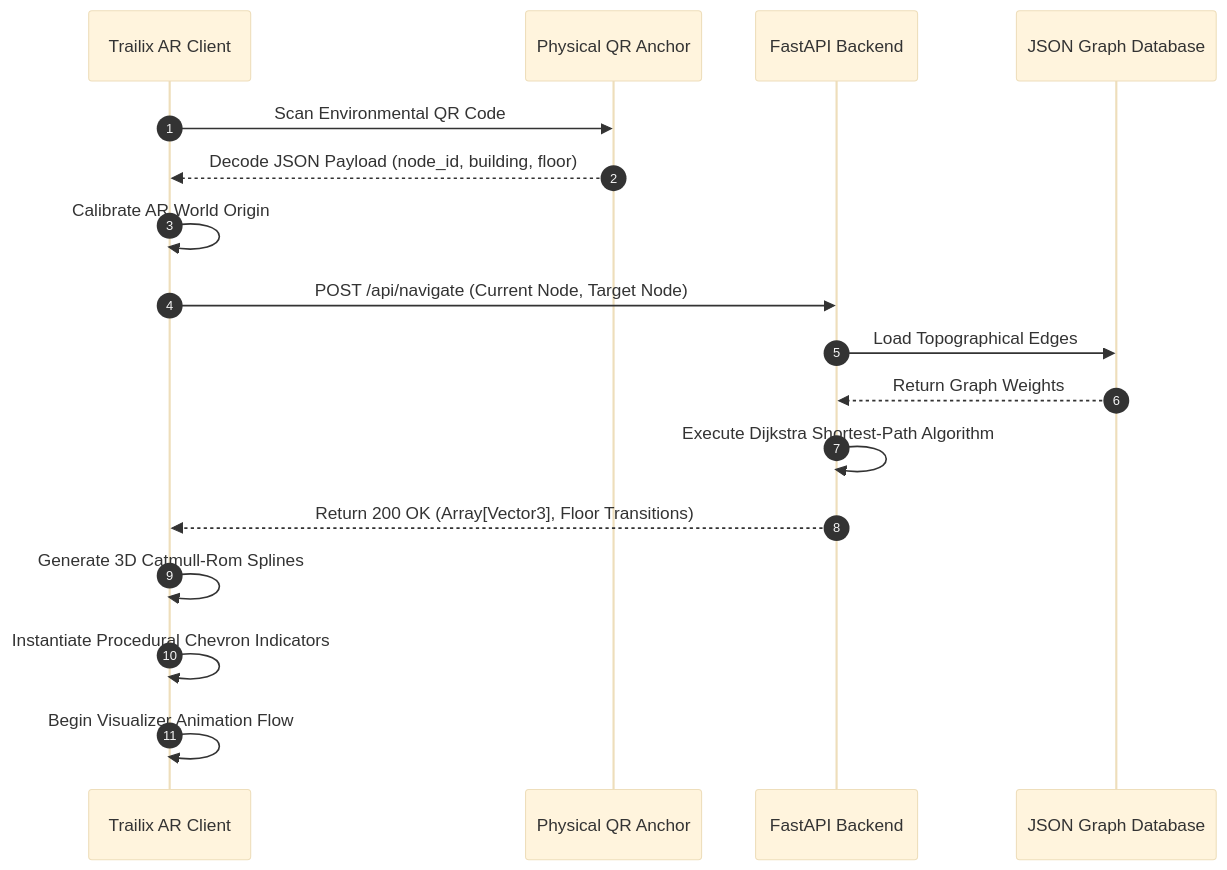
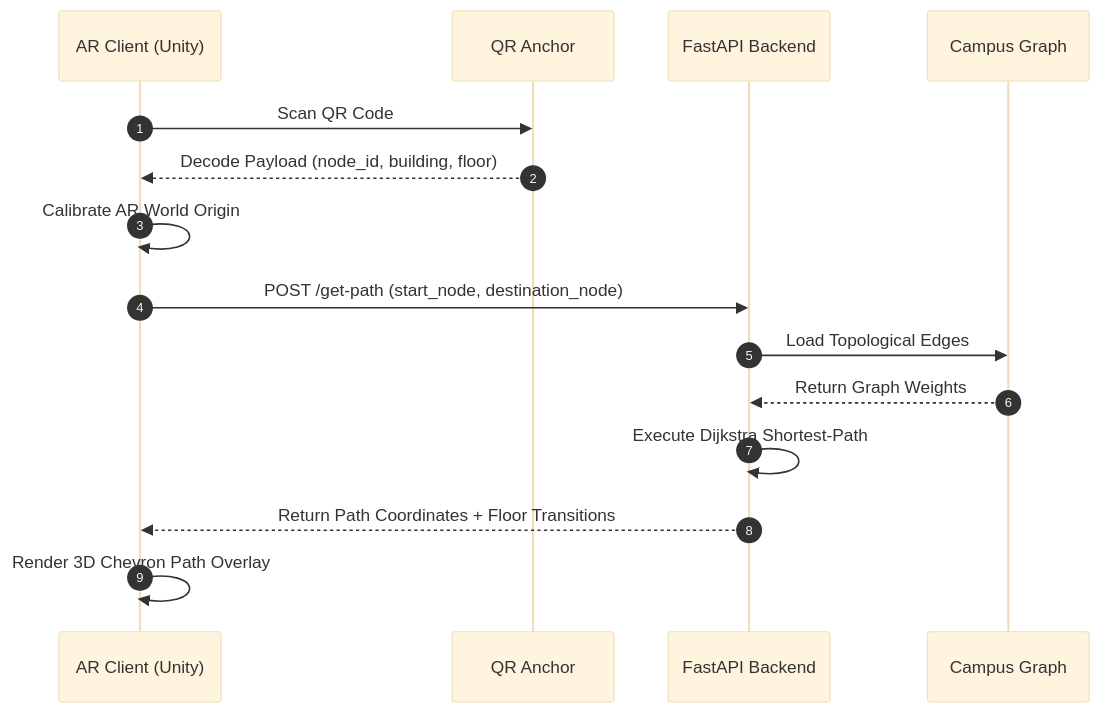
The diagram in README.md (Srinidhi-070/AR-Campus-Navigation), drawn with Mermaid (base theme) before and after one commit. The commit also changed other lines of this file, not shown here.

````diff
--- a/README.md
+++ b/README.md
@@ -29,20 +29,18 @@
 ```mermaid
 sequenceDiagram
     autonumber
-    participant U as Trailix AR Client
-    participant QR as Physical QR Anchor
+    participant Client as AR Client (Unity)
+    participant QR as QR Anchor
     participant API as FastAPI Backend
-    participant DB as JSON Graph Database
+    participant Graph as Campus Graph
 
-    U->>QR: Scan Environmental QR Code
-    QR-->>U: Decode JSON Payload (node_id, building, floor)
-    U->>U: Calibrate AR World Origin
-    U->>API: POST /api/navigate (Current Node, Target Node)
-    API->>DB: Load Topographical Edges
-    DB-->>API: Return Graph Weights
-    API->>API: Execute Dijkstra Shortest-Path Algorithm
-    API-->>U: Return 200 OK (Array[Vector3], Floor Transitions)
-    U->>U: Generate 3D Catmull-Rom Splines
-    U->>U: Instantiate Procedural Chevron Indicators
-    U->>U: Begin Visualizer Animation Flow
+    Client->>QR: Scan QR Code
+    QR-->>Client: Decode Payload (node_id, building, floor)
+    Client->>Client: Calibrate AR World Origin
+    Client->>API: POST /get-path (start_node, destination_node)
+    API->>Graph: Load Topological Edges
+    Graph-->>API: Return Graph Weights
+    API->>API: Execute Dijkstra Shortest-Path
+    API-->>Client: Return Path Coordinates + Floor Transitions
+    Client->>Client: Render 3D Chevron Path Overlay
 ```
````
